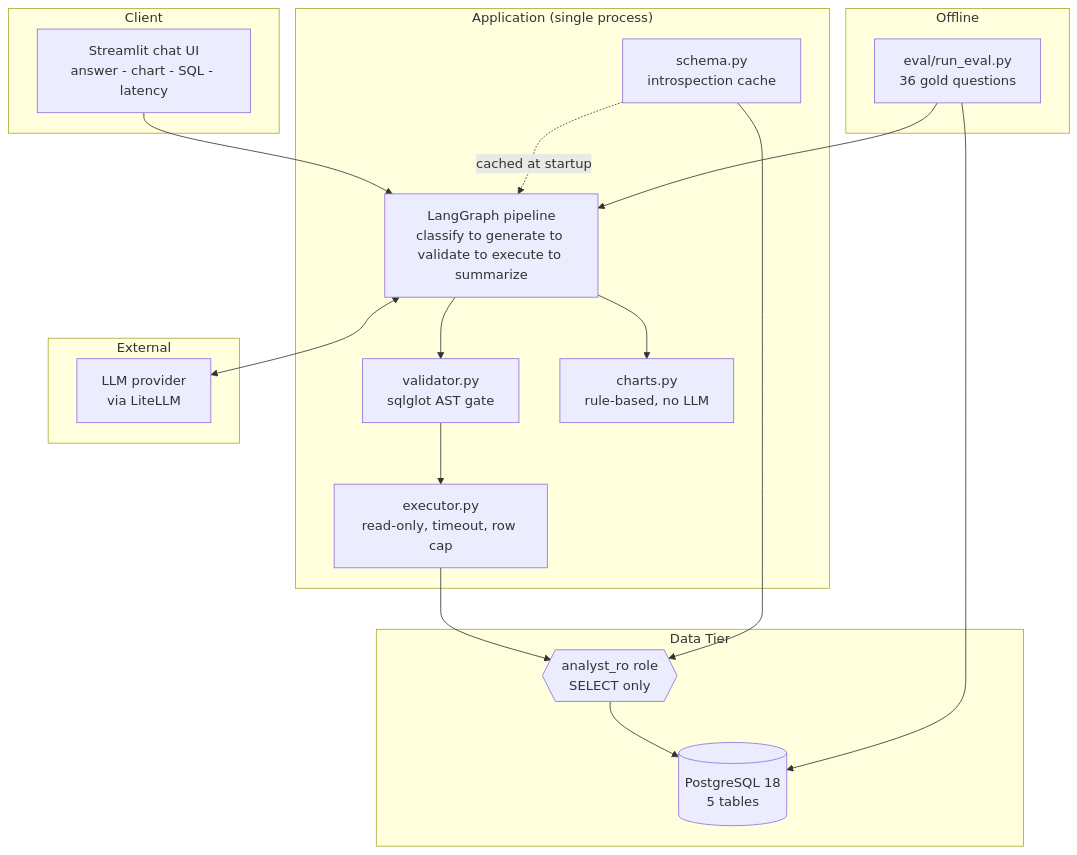
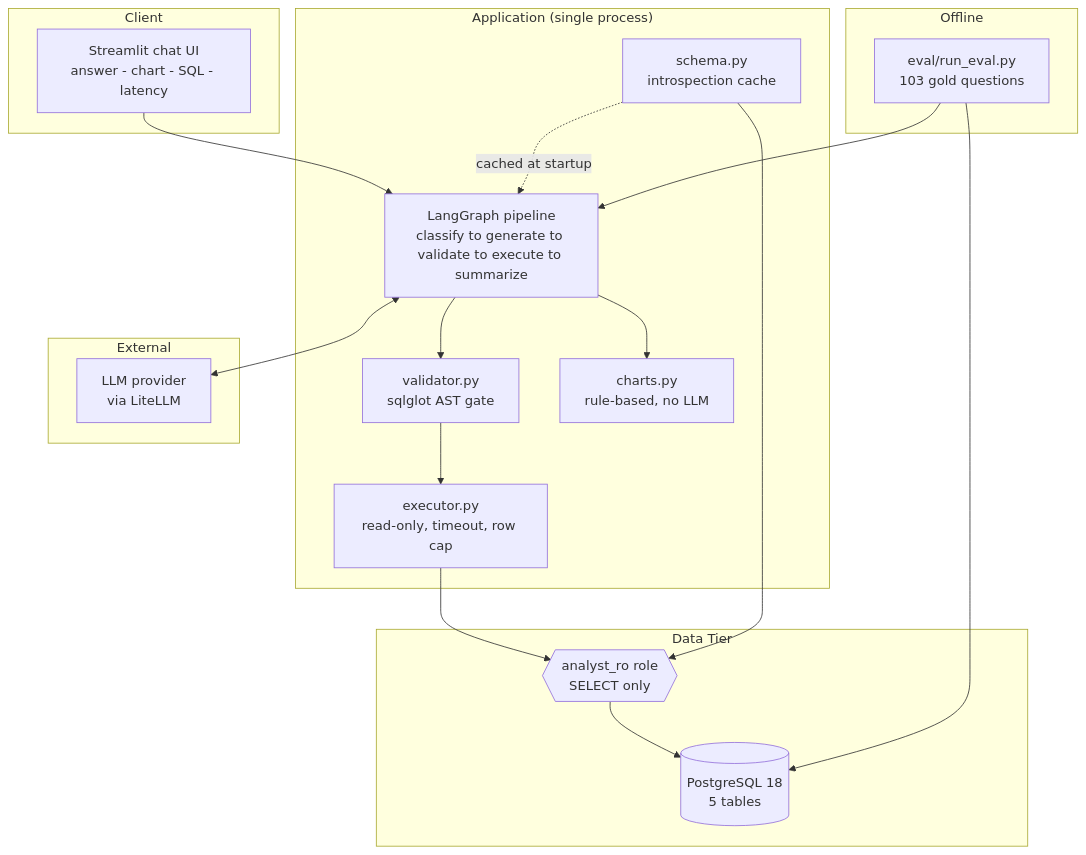
One commit to insafim/conversational-data-analyst changed the first of 4 diagrams in docs/ARCHITECTURE.md. Above: the diagram before and after it, drawn with Mermaid. The commit also changed other lines of this file and 1 other file, not shown here.

First line of the commit message:
docs: bring README and ARCHITECTURE to the 103-case state

````diff
--- a/docs/ARCHITECTURE.md
+++ b/docs/ARCHITECTURE.md
@@ -131,39 +131,39 @@
 ```mermaid
 flowchart TB
     subgraph Client["Client"]
         UI["Streamlit chat UI<br/>answer - chart - SQL - latency"]
     end
 
     subgraph App["Application (single process)"]
         GRAPH["LangGraph pipeline<br/>classify to generate to validate to execute to summarize"]
         VAL["validator.py<br/>sqlglot AST gate"]
         EXEC["executor.py<br/>read-only, timeout, row cap"]
         CHART["charts.py<br/>rule-based, no LLM"]
         SCHEMA["schema.py<br/>introspection cache"]
     end
 
     subgraph Data["Data Tier"]
         RO{{"analyst_ro role<br/>SELECT only"}}
         PG[("PostgreSQL 18<br/>5 tables")]
     end
 
     subgraph External["External"]
         LLM["LLM provider<br/>via LiteLLM"]
     end
 
     subgraph Offline["Offline"]
-        EVAL["eval/run_eval.py<br/>36 gold questions"]
+        EVAL["eval/run_eval.py<br/>103 gold questions"]
     end
 
     UI --> GRAPH
     GRAPH --> VAL
     VAL --> EXEC
     EXEC --> RO
     RO --> PG
     GRAPH --> CHART
     SCHEMA -. cached at startup .-> GRAPH
     SCHEMA --> RO
     GRAPH <--> LLM
     EVAL --> GRAPH
     EVAL --> PG
 ```
````
